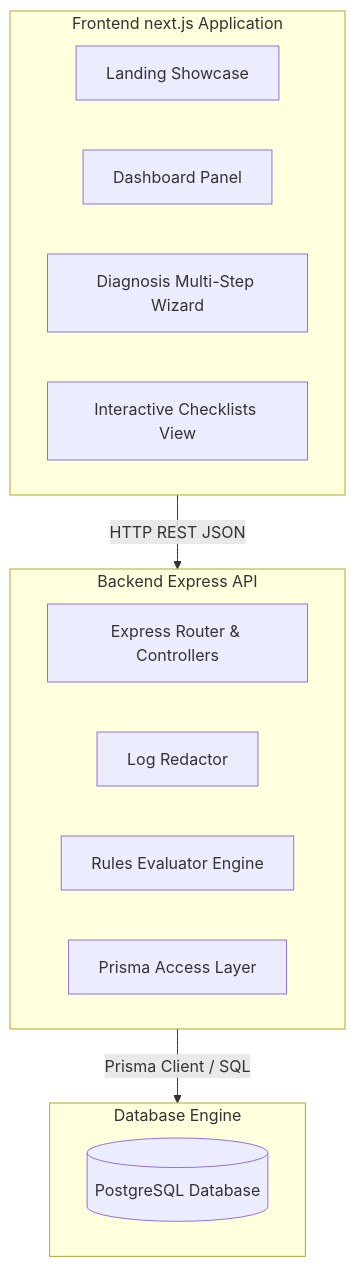
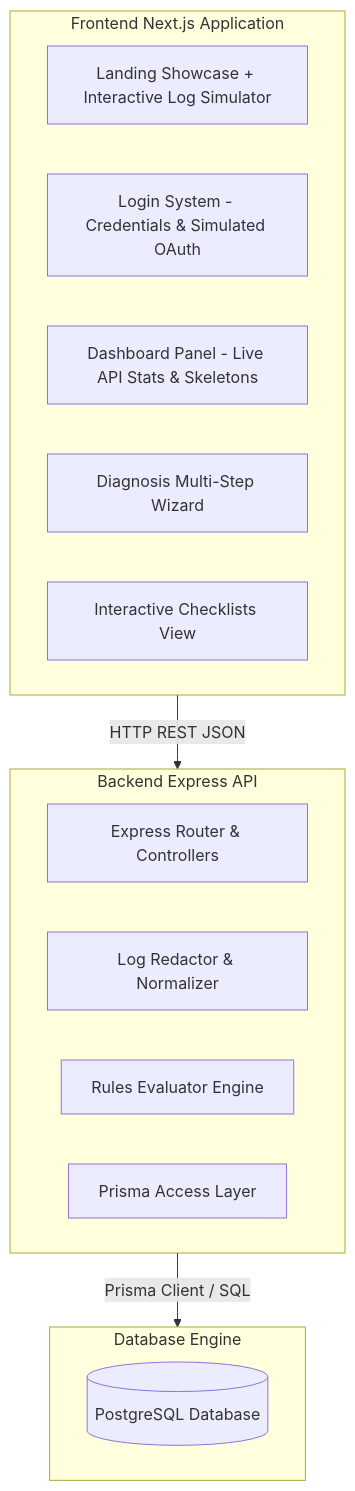
The first of 3 diagrams in README.md (soumyachk101/LaunchLens), drawn with Mermaid before and after one commit. The commit also changed other lines of this file, not shown here.

Commit message:
docs: update README.md with authentication middleware, OAuth flow, and Postgres seeding instructions

````diff
--- a/README.md
+++ b/README.md
@@ -11,23 +11,24 @@
 ```mermaid
 graph TD
-    subgraph Client [Frontend next.js Application]
-        F1[Landing Showcase]
-        F2[Dashboard Panel]
-        F3[Diagnosis Multi-Step Wizard]
-        F4[Interactive Checklists View]
+    subgraph Client [Frontend Next.js Application]
+        F1[Landing Showcase + Interactive Log Simulator]
+        F2[Login System - Credentials & Simulated OAuth]
+        F3[Dashboard Panel - Live API Stats & Skeletons]
+        F4[Diagnosis Multi-Step Wizard]
+        F5[Interactive Checklists View]
     end
     
     subgraph API [Backend Express API]
         S1[Express Router & Controllers]
-        S2[Log Redactor]
+        S2[Log Redactor & Normalizer]
         S3[Rules Evaluator Engine]
         S4[Prisma Access Layer]
     end
     
     subgraph DB [Database Engine]
         DB1[(PostgreSQL Database)]
     end
 
     Client -->|HTTP REST JSON| API
     API -->|Prisma Client / SQL| DB
 ```
````
